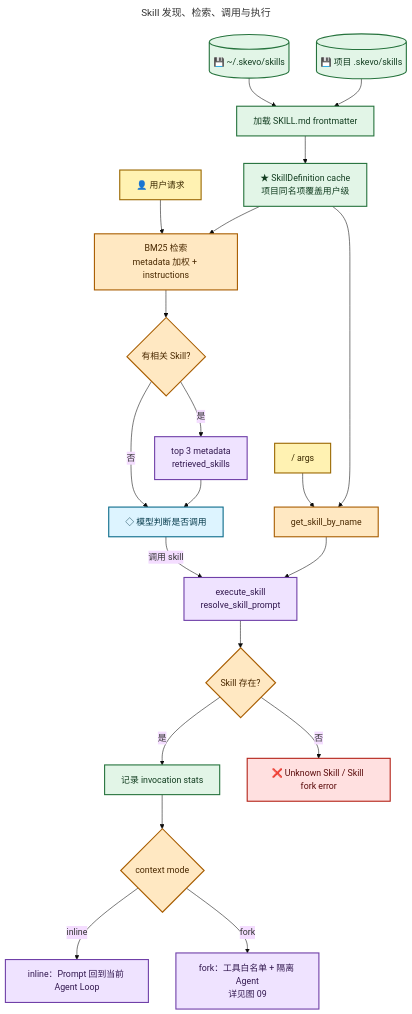
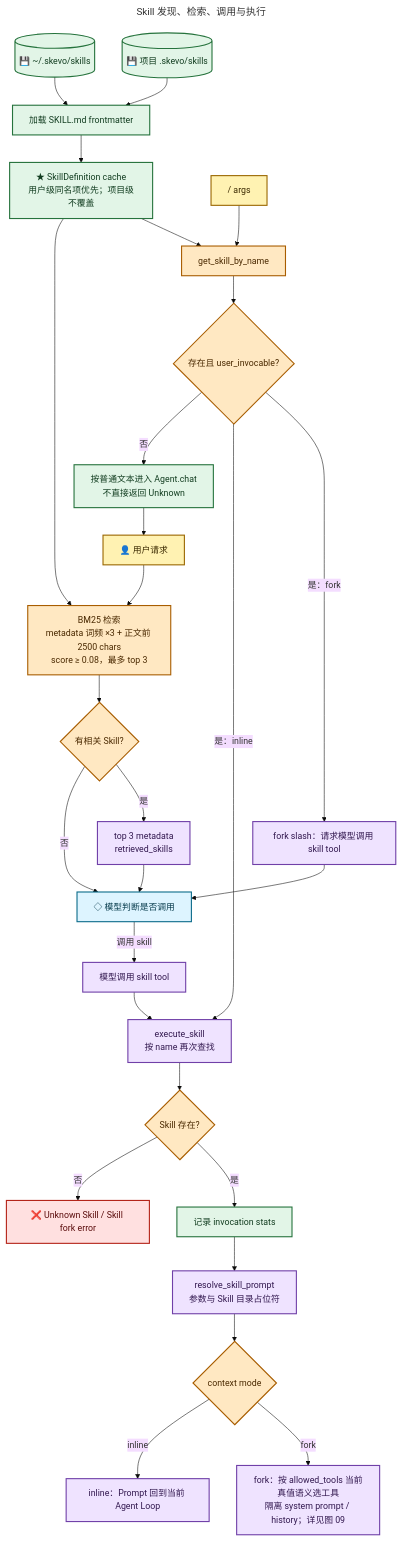
One commit to yepingzhao/SkevoAgent changed the sixth of 9 diagrams in docs/superpowers/plans/2026-08-20-skevo-mermaid-diagram-suite.md. Above: the diagram before and after it, drawn with Mermaid. The commit also changed 2 other files, not shown here.

Commit message:
docs: add Skill runtime diagram

````diff
--- a/docs/superpowers/plans/2026-08-20-skevo-mermaid-diagram-suite.md
+++ b/docs/superpowers/plans/2026-08-20-skevo-mermaid-diagram-suite.md
@@ -746,66 +746,75 @@
 ```mermaid
 ---
 title: Skill 发现、检索、调用与执行
 config:
   theme: base
   look: classic
   flowchart:
     curve: basis
 ---
 %% Purpose: 区分 Skill 发现、自动检索、显式调用和 inline/fork 执行。
 %% Audience: both
 %% Sources: agents/skills.py, agents/main.py, agents/agent.py, agents/skill_evolution.py
 %% Anchors: discover_skills, retrieve_relevant_skills, format_retrieved_skill_context, execute_skill, Agent._execute_skill_tool
 %% Out of scope: 在线 add/merge/discard、评测和 MCP 初始化。
 
 flowchart TD
     USER_SKILLS[("💾 ~/.skevo/skills")]
     PROJECT_SKILLS[("💾 项目 .skevo/skills")]
     LOAD["加载 SKILL.md frontmatter"]
-    DEFINITIONS["★ SkillDefinition cache<br/>项目同名项覆盖用户级"]
+    DEFINITIONS["★ SkillDefinition cache<br/>用户级同名项优先；项目级不覆盖"]
     REQUEST["👤 用户请求"]
-    BM25["BM25 检索<br/>metadata 加权 + instructions"]
+    BM25["BM25 检索<br/>metadata 词频 ×3 + 正文前 2500 chars<br/>score ≥ 0.08，最多 top 3"]
     HITS{"有相关 Skill?"}
     SUMMARY["top 3 metadata<br/>retrieved_skills"]
     MODEL["◇ 模型判断是否调用"]
     EXPLICIT["/<skill-name> args"]
     LOOKUP["get_skill_by_name"]
-    EXECUTE["execute_skill<br/>resolve_skill_prompt"]
+    USER_OK{"存在且 user_invocable?"}
+    FALLBACK["按普通文本进入 Agent.chat<br/>不直接返回 Unknown"]
+    FORK_REQUEST["fork slash：请求模型调用 skill tool"]
+    TOOL_CALL["模型调用 skill tool"]
+    EXECUTE["execute_skill<br/>按 name 再次查找"]
     KNOWN{"Skill 存在?"}
     STATS["记录 invocation stats"]
+    RESOLVE["resolve_skill_prompt<br/>参数与 Skill 目录占位符"]
     MODE{"context mode"}
     INLINE["inline：Prompt 回到当前 Agent Loop"]
-    FORK["fork：工具白名单 + 隔离 Agent<br/>详见图 09"]
+    FORK["fork：按 allowed_tools 当前真值语义选工具<br/>隔离 system prompt / history；详见图 09"]
     ERROR["❌ Unknown Skill / Skill fork error"]
 
     USER_SKILLS --> LOAD
     PROJECT_SKILLS --> LOAD
     LOAD --> DEFINITIONS
     REQUEST --> BM25
     DEFINITIONS --> BM25
     BM25 --> HITS
     HITS -->|否| MODEL
     HITS -->|是| SUMMARY --> MODEL
-    MODEL -->|调用 skill| EXECUTE
-    EXPLICIT --> LOOKUP --> EXECUTE
+    MODEL -->|调用 skill| TOOL_CALL --> EXECUTE
+    EXPLICIT --> LOOKUP --> USER_OK
+    USER_OK -->|否| FALLBACK --> REQUEST
+    USER_OK -->|是：inline| EXECUTE
+    USER_OK -->|是：fork| FORK_REQUEST --> MODEL
     DEFINITIONS --> LOOKUP
     EXECUTE --> KNOWN
     KNOWN -->|否| ERROR
-    KNOWN -->|是| STATS --> MODE
+    KNOWN -->|是| STATS --> RESOLVE --> MODE
     MODE -->|inline| INLINE
     MODE -->|fork| FORK
 
     classDef actor fill:#FFF2B2,stroke:#9A6700,stroke-width:2px,color:#3B2A00
     classDef model fill:#DDF4FF,stroke:#0B6B8A,stroke-width:2px,color:#073B4C
     classDef state fill:#E2F5E7,stroke:#26733D,stroke-width:2px,color:#123D20
     classDef control fill:#FFE8C2,stroke:#A85D00,stroke-width:2px,color:#4A2900
     classDef extension fill:#EFE3FF,stroke:#7040A8,stroke-width:2px,color:#32184F
     classDef error fill:#FFE0E0,stroke:#B42318,stroke-width:2px,color:#5A0B0B
 
     class REQUEST,EXPLICIT actor
     class MODEL model
     class USER_SKILLS,PROJECT_SKILLS,LOAD,DEFINITIONS,STATS state
-    class BM25,HITS,LOOKUP,KNOWN,MODE control
-    class SUMMARY,EXECUTE,INLINE,FORK extension
+    class BM25,HITS,LOOKUP,USER_OK,KNOWN,MODE control
+    class SUMMARY,FORK_REQUEST,TOOL_CALL,EXECUTE,RESOLVE,INLINE,FORK extension
+    class FALLBACK state
     class ERROR error
 ```
````
